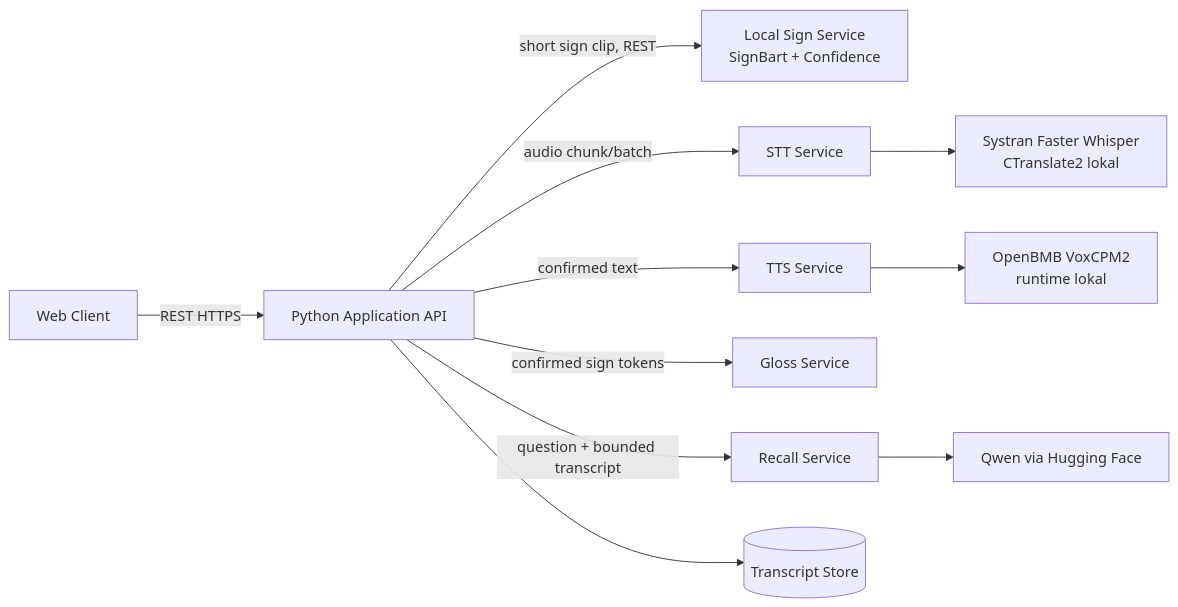
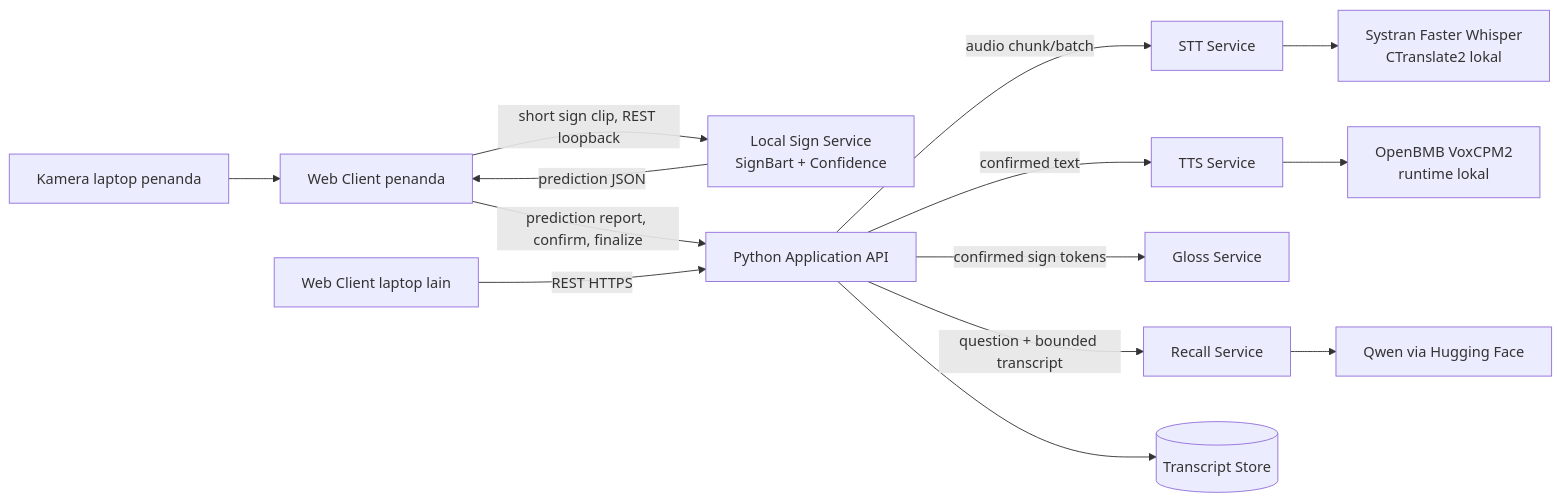
Before and after one commit to Matthew12-t/signlang-ai-trial: the diagram in isyara-ai-services-design.md, drawn with Mermaid. The commit also changed other lines of this file and 5 other files, not shown here.

````diff
--- a/isyara-ai-services-design.md
+++ b/isyara-ai-services-design.md
@@ -48,16 +48,18 @@
 ```mermaid
 flowchart LR
-    UI[Web Client] -->|REST HTTPS| APP[Python Application API]
-
-    APP -->|short sign clip, REST| SIGN[Local Sign Service\nSignBart + Confidence]
+    CAMERA[Kamera laptop penanda] --> UI[Web Client penanda]
+    UI -->|short sign clip, REST loopback| SIGN[Local Sign Service\nSignBart + Confidence]
+    SIGN -->|prediction JSON| UI
+    UI -->|prediction report, confirm, finalize| APP[Python Application API]
+    VIEWER[Web Client laptop lain] -->|REST HTTPS| APP
     APP -->|audio chunk/batch| STT[STT Service]
     APP -->|confirmed text| TTS[TTS Service]
     APP -->|confirmed sign tokens| GLOSS[Gloss Service]
     APP -->|question + bounded transcript| RECALL[Recall Service]
 
     STT --> FW[Systran Faster Whisper\nCTranslate2 lokal]
     TTS --> VOX[OpenBMB VoxCPM2\nruntime lokal]
     RECALL --> QWEN[Qwen via Hugging Face]
 
     APP --> STORE[(Transcript Store)]
 ```
````
